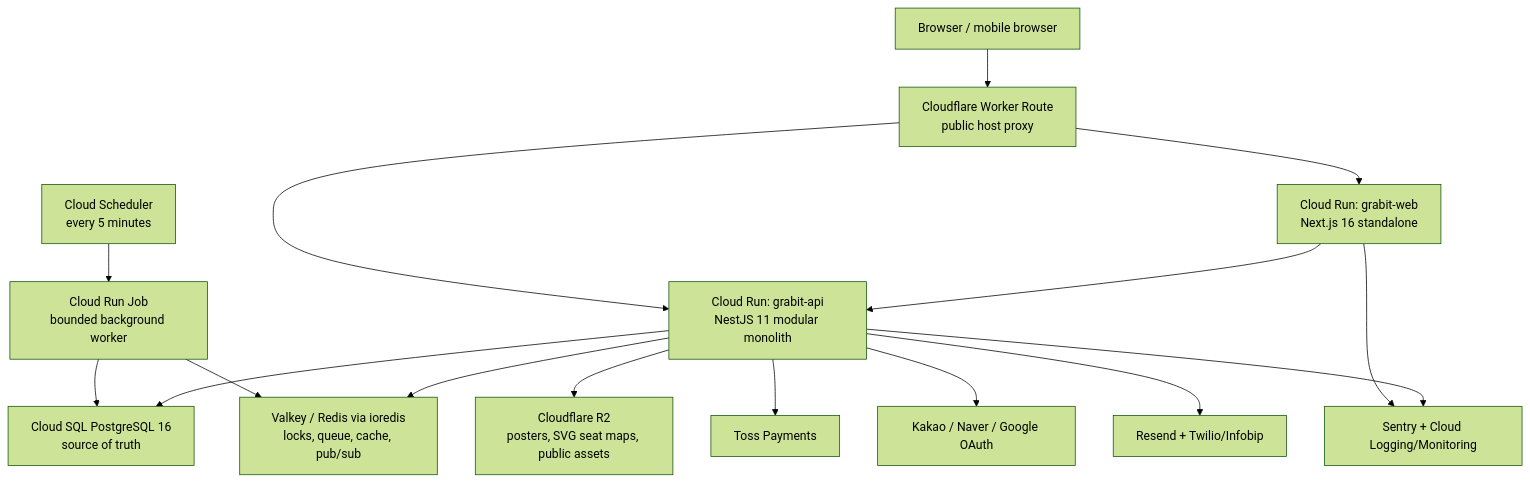
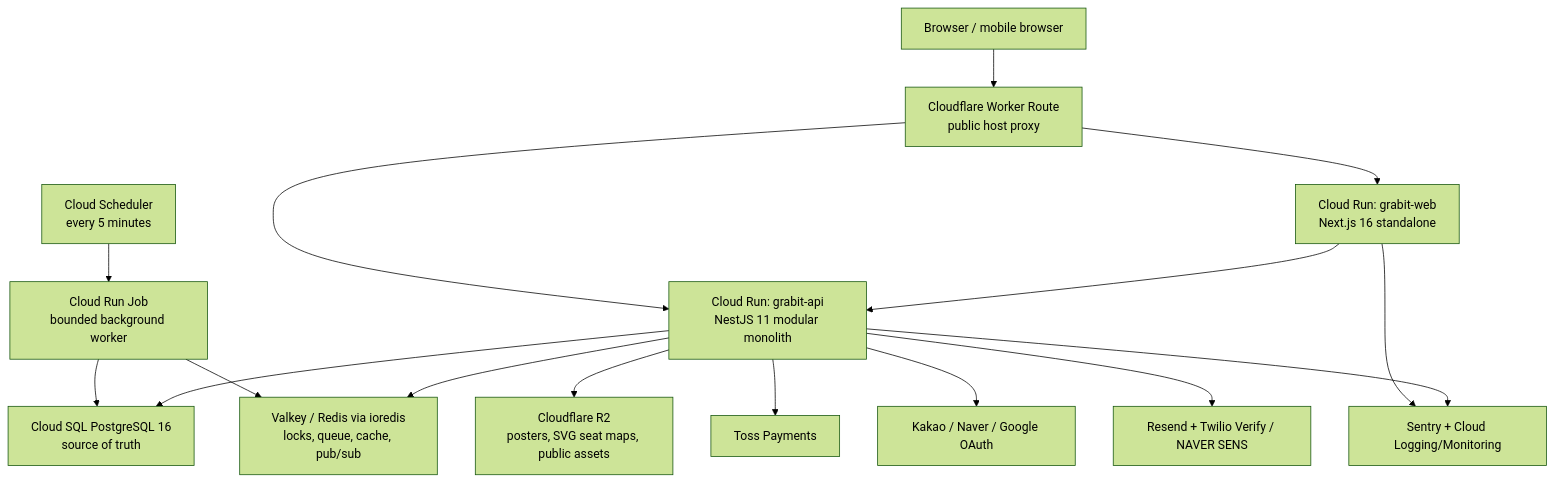
One commit to icons-hq/grapit changed the diagram in docs/03-ARCHITECTURE.md. Above: the diagram before and after it, drawn with Mermaid (forest theme). The commit also changed other lines of this file and 25 other files, not shown here.

````diff
--- a/docs/03-ARCHITECTURE.md
+++ b/docs/03-ARCHITECTURE.md
@@ -26,32 +26,32 @@
 ```mermaid
 flowchart TB
   Browser["Browser / mobile browser"]
   Edge["Cloudflare Worker Route\npublic host proxy"]
   Web["Cloud Run: grabit-web\nNext.js 16 standalone"]
   API["Cloud Run: grabit-api\nNestJS 11 modular monolith"]
   Worker["Cloud Run Job\nbounded background worker"]
   Scheduler["Cloud Scheduler\nevery 5 minutes"]
   PG["Cloud SQL PostgreSQL 16\nsource of truth"]
   Valkey["Valkey / Redis via ioredis\nlocks, queue, cache, pub/sub"]
   R2["Cloudflare R2\nposters, SVG seat maps, public assets"]
   Toss["Toss Payments"]
   OAuth["Kakao / Naver / Google OAuth"]
-  Msg["Resend + Twilio/Infobip"]
+  Msg["Resend + Twilio Verify / NAVER SENS"]
   Obs["Sentry + Cloud Logging/Monitoring"]
 
   Browser --> Edge
   Edge --> Web
   Edge --> API
   Web --> API
   Scheduler --> Worker
   Worker --> PG
   Worker --> Valkey
   API --> PG
   API --> Valkey
   API --> R2
   API --> Toss
   API --> OAuth
   API --> Msg
   Web --> Obs
   API --> Obs
 ```
````
